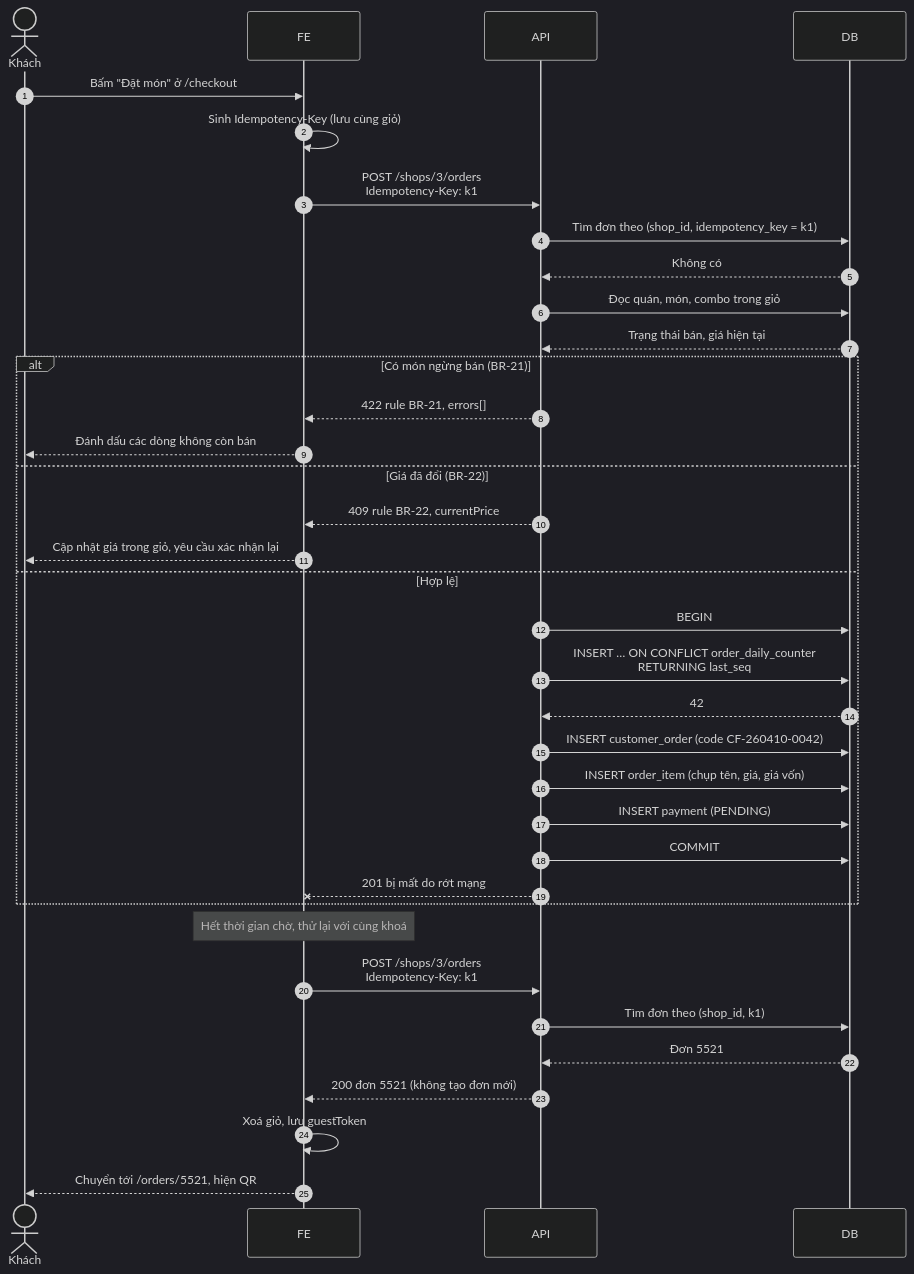
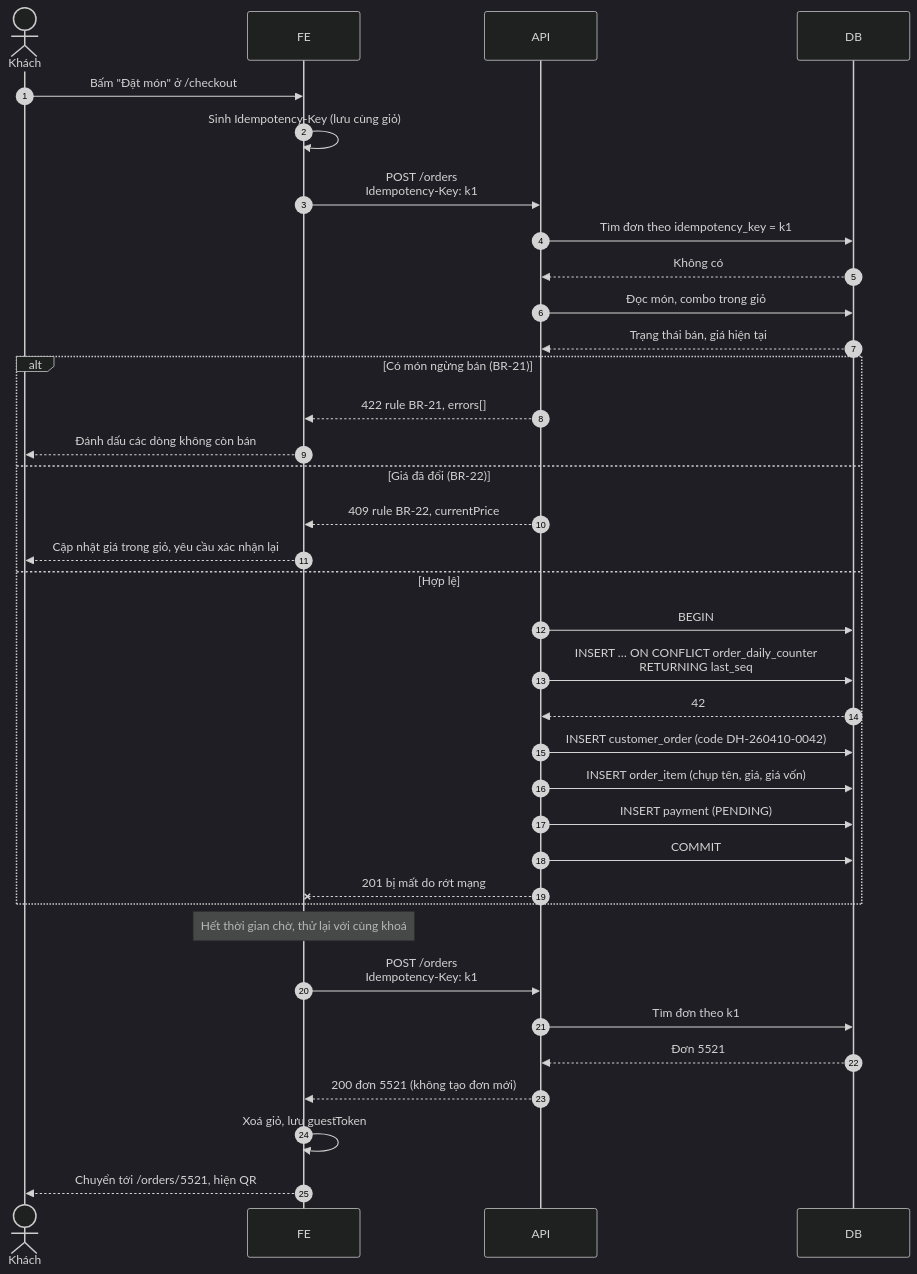
Before and after one commit to ThanhQuy-wolf/Coffee-Shop-Backup: the first of 7 diagrams in docs/07-sequence.md, drawn with Mermaid (dark theme). The commit also changed other lines of this file and 65 other files, not shown here.

````diff
--- a/docs/07-sequence.md
+++ b/docs/07-sequence.md
@@ -15,41 +15,41 @@
 ```mermaid
 sequenceDiagram
     autonumber
     actor K as Khách
     participant FE
     participant API
     participant DB
 
     K->>FE: Bấm "Đặt món" ở /checkout
     FE->>FE: Sinh Idempotency-Key (lưu cùng giỏ)
-    FE->>API: POST /shops/3/orders<br/>Idempotency-Key: k1
-    API->>DB: Tìm đơn theo (shop_id, idempotency_key = k1)
+    FE->>API: POST /orders<br/>Idempotency-Key: k1
+    API->>DB: Tìm đơn theo idempotency_key = k1
     DB-->>API: Không có
-    API->>DB: Đọc quán, món, combo trong giỏ
+    API->>DB: Đọc món, combo trong giỏ
     DB-->>API: Trạng thái bán, giá hiện tại
 
     alt Có món ngừng bán (BR-21)
         API-->>FE: 422 rule BR-21, errors[]
         FE-->>K: Đánh dấu các dòng không còn bán
     else Giá đã đổi (BR-22)
         API-->>FE: 409 rule BR-22, currentPrice
         FE-->>K: Cập nhật giá trong giỏ, yêu cầu xác nhận lại
     else Hợp lệ
         API->>DB: BEGIN
         API->>DB: INSERT … ON CONFLICT order_daily_counter<br/>RETURNING last_seq
         DB-->>API: 42
-        API->>DB: INSERT customer_order (code CF-260410-0042)
+        API->>DB: INSERT customer_order (code DH-260410-0042)
         API->>DB: INSERT order_item (chụp tên, giá, giá vốn)
         API->>DB: INSERT payment (PENDING)
         API->>DB: COMMIT
         API--xFE: 201 bị mất do rớt mạng
     end
 
     Note over FE: Hết thời gian chờ, thử lại với cùng khoá
-    FE->>API: POST /shops/3/orders<br/>Idempotency-Key: k1
-    API->>DB: Tìm đơn theo (shop_id, k1)
+    FE->>API: POST /orders<br/>Idempotency-Key: k1
+    API->>DB: Tìm đơn theo k1
     DB-->>API: Đơn 5521
     API-->>FE: 200 đơn 5521 (không tạo đơn mới)
     FE->>FE: Xoá giỏ, lưu guestToken
     FE-->>K: Chuyển tới /orders/5521, hiện QR
 ```
````
